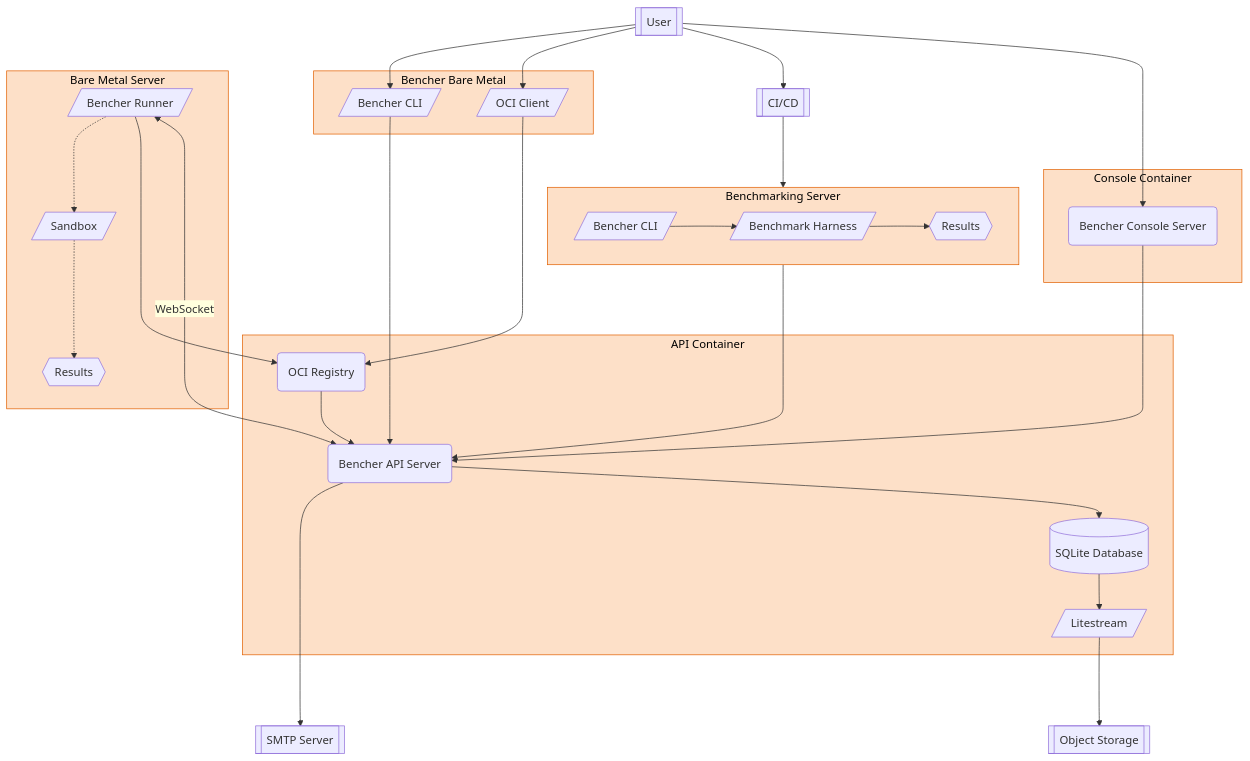
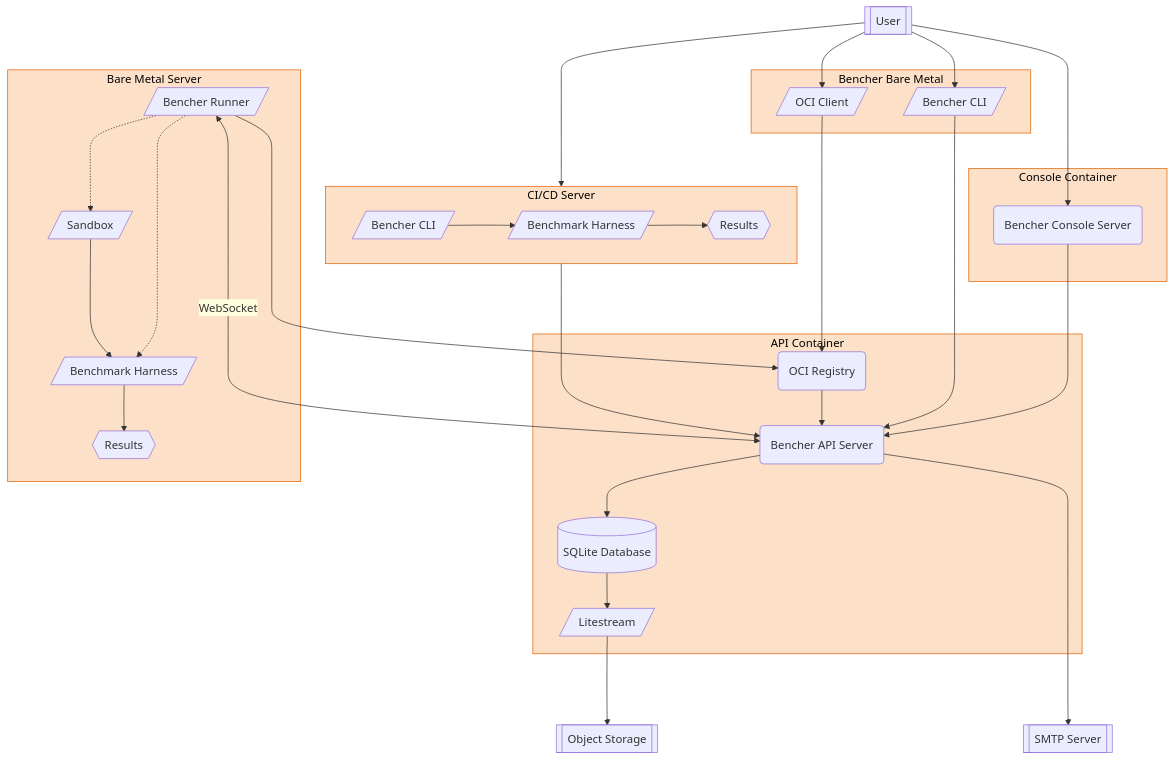
The diagram in services/console/diagrams/architecture.mmd (bencherdev/bencher), drawn with Mermaid before and after one commit.

Commit message:
benchmark_results

```diff
--- a/services/console/diagrams/architecture.mmd
+++ b/services/console/diagrams/architecture.mmd
@@ -1,65 +1,67 @@
 %%{init: {'theme': 'base', 'themeVariables': {'primaryColor': '#ECECFF', 'primaryBorderColor': '#9370DB', 'primaryTextColor': '#333', 'lineColor': '#333333', 'secondaryColor': '#ffffde', 'tertiaryColor': '#fff', 'clusterBkg': '#fde0c8', 'clusterBorder': '#e26000'}}}%%
 graph TD
 
 User[[User]]
 Console(Bencher Console Server)
 Cli[/Bencher CLI/]
 Api(Bencher API Server)
 Db[(SQLite Database)]
 Litestream[/Litestream/]
 Storage[[Object Storage]]
 Smtp[[SMTP Server]]
-CiCd[[CI/CD]]
 BenchmarkHarness[/Benchmark Harness/]
 Runner[/Bencher Runner/]
 OciRegistry(OCI Registry)
 OciClient[/OCI Client/]
 BmCli[/Bencher CLI/]
 Sandbox[/Sandbox/]
+RunnerHarness[/Benchmark Harness/]
 
 User --> Console
-User --> CiCd
 User --> OciClient
 User --> BmCli
 
 Console ---> Api
 subgraph Console Container
     Console
 end
 
-CiCd --> BenchmarkingServer
-BenchmarkingServer ---> Api
-subgraph BenchmarkingServer[Benchmarking Server]
+User --> Cli
+Cli ---> Api
+subgraph CiCdServer[CI/CD Server]
     direction LR
     Cli --> BenchmarkHarness
     BenchmarkHarness --> Results{{Results}}
 end
 
 OciClient ---> OciRegistry
 BmCli ---> Api
 subgraph BencherBareMetal[Bencher Bare Metal]
     OciClient
     BmCli
-end
-
-Runner <--->|WebSocket| Api
-Runner ---> OciRegistry
-Runner -.-> Sandbox
-Sandbox -.-> RunnerResults{{Results}}
-subgraph BareMetalServer[Bare Metal Server]
-    Runner
-    Sandbox
-    RunnerResults
 end
 
 OciRegistry --> Api
 Api --> Db
 Db --> Litestream
 Litestream ---> Storage
 Api -----> Smtp
 subgraph API Container
     OciRegistry
     Api
     Db
     Litestream
 end
+
+Runner <--->|WebSocket| Api
+Runner ---> OciRegistry
+Runner -.-> Sandbox
+Runner -.-> RunnerHarness
+Sandbox --> RunnerHarness
+RunnerHarness --> RunnerResults{{Results}}
+subgraph BareMetalServer[Bare Metal Server]
+    Runner
+    Sandbox
+    RunnerHarness
+    RunnerResults
+end
```
